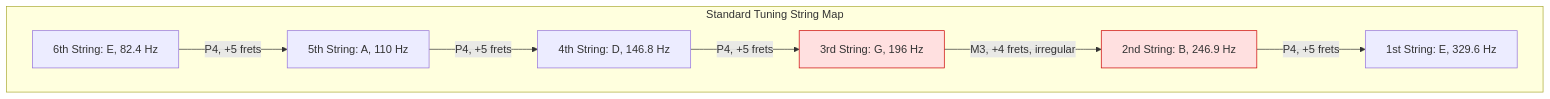
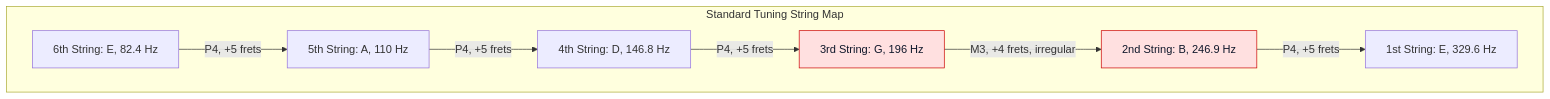
Before and after one commit to blebleblee/synapse: the third of 6 diagrams in topics/arts/music_performance/guitar/lesson_03_scales_and_modes.md, drawn with Mermaid. The commit also changed other lines of this file and 1464 other files, not shown here.

Commit message:
feat(release): curriculum vector mermaid upgrade, render hardening, and master synpack

````diff
--- a/topics/arts/music_performance/guitar/lesson_03_scales_and_modes.md
+++ b/topics/arts/music_performance/guitar/lesson_03_scales_and_modes.md
@@ -68,13 +68,13 @@
 ```mermaid
 graph TD
     subgraph sub_standard_tuning ["Standard Tuning String Map"]
         E6["6th String: E, 82.4 Hz"] -->|"P4, +5 frets"| A5["5th String: A, 110 Hz"]
         A5 -->|"P4, +5 frets"| D4["4th String: D, 146.8 Hz"]
         D4 -->|"P4, +5 frets"| G3["3rd String: G, 196 Hz"]
         G3 -->|"M3, +4 frets, irregular"| B2["2nd String: B, 246.9 Hz"]
         B2 -->|"P4, +5 frets"| E1["1st String: E, 329.6 Hz"]
     end
 
-    style G3 fill:#ffe0e0,stroke:#cc0000
-    style B2 fill:#ffe0e0,stroke:#cc0000
+    style G3 fill:#ffe0e0,stroke:#cc0000,color:#0f172a
+    style B2 fill:#ffe0e0,stroke:#cc0000,color:#0f172a
 ```
````
